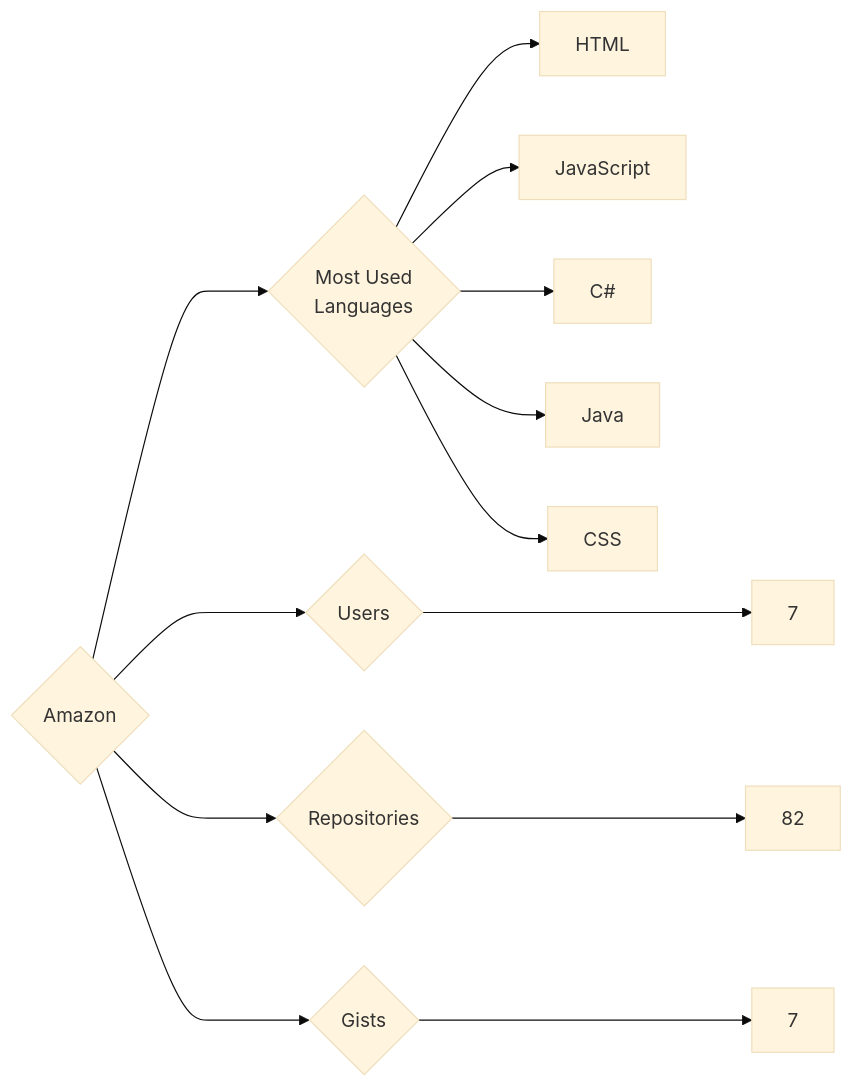
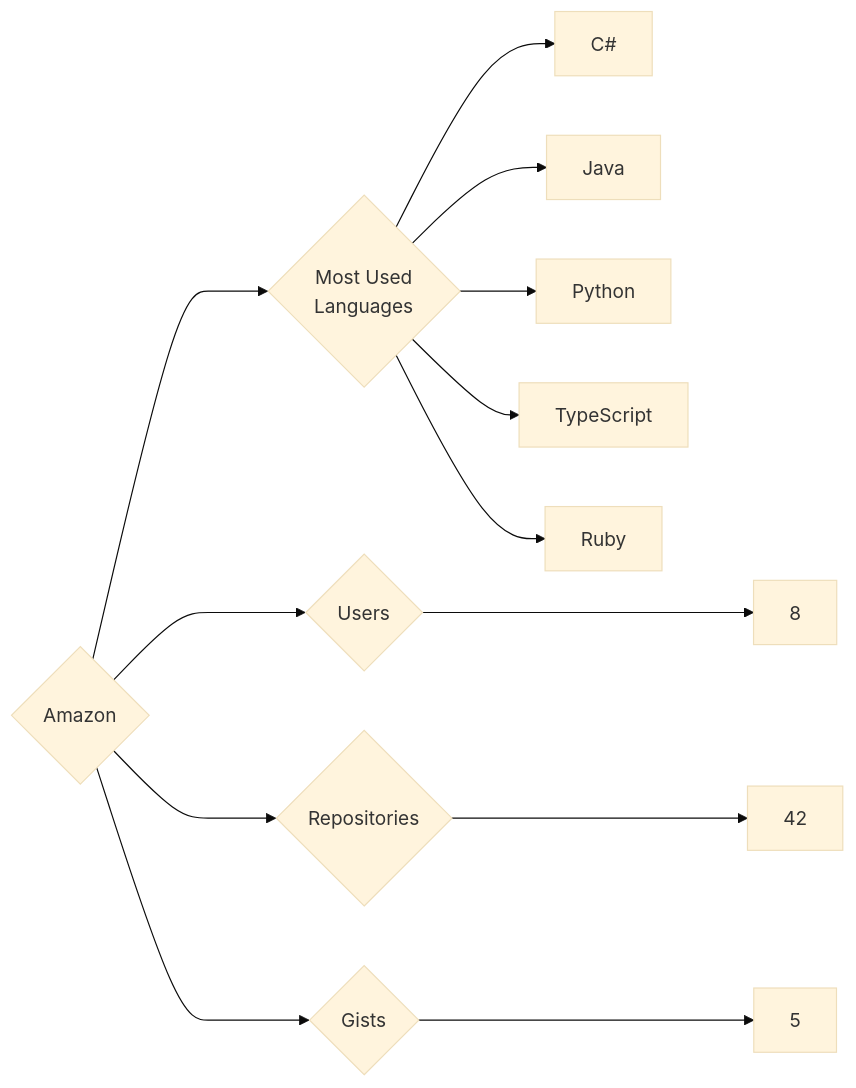
One commit to trickest/insiders changed the diagram in targets/Amazon/README.md. Above: the diagram before and after it, drawn with Mermaid (base theme). The commit also changed 857 other files, not shown here.

````diff
--- a/targets/Amazon/README.md
+++ b/targets/Amazon/README.md
@@ -3,13 +3,13 @@
 ```mermaid
 graph LR
 COMPANY_NAME{Amazon}
-COMPANY_NAME ---> U{Users} ---> UN[7]
-COMPANY_NAME ---> R{Repositories} ---> RN[82]
-COMPANY_NAME ---> G{Gists} ---> GN[7]
+COMPANY_NAME ---> U{Users} ---> UN[8]
+COMPANY_NAME ---> R{Repositories} ---> RN[42]
+COMPANY_NAME ---> G{Gists} ---> GN[5]
 COMPANY_NAME ---> ML{Most Used<br>Languages}
-ML --> HTML[HTML]
-ML --> JavaScript[JavaScript]
 ML --> C#[C#]
 ML --> Java[Java]
-ML --> CSS[CSS]
+ML --> Python[Python]
+ML --> TypeScript[TypeScript]
+ML --> Ruby[Ruby]
 ```
````
